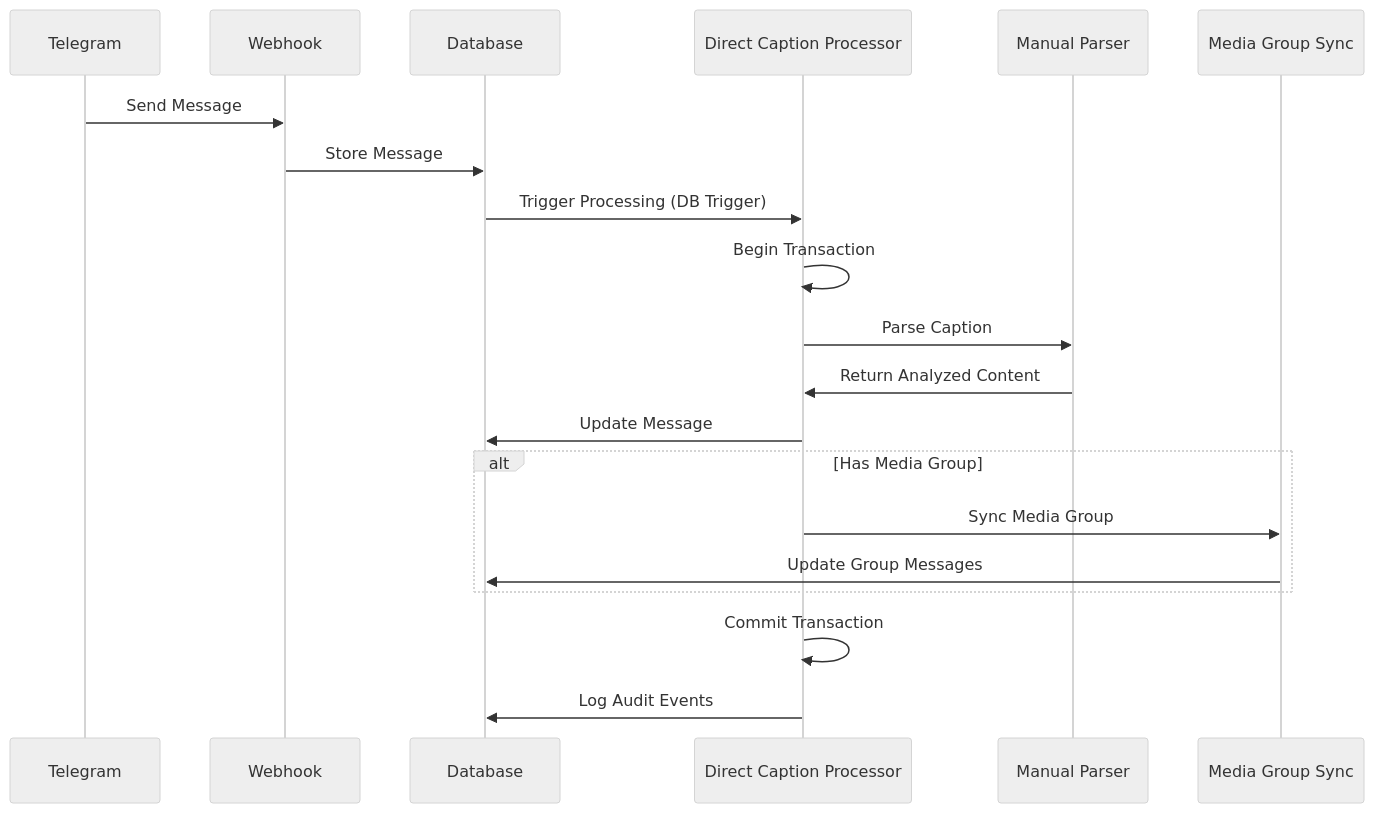
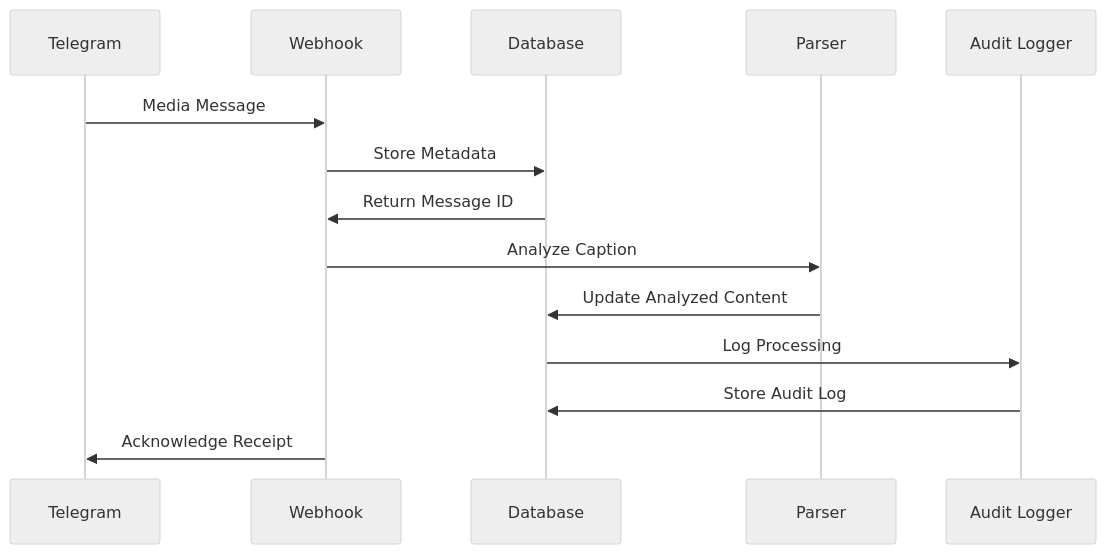
The first of 3 diagrams in docs/direct-caption-processing.md (cmtkdot/xdelo-app), drawn with Mermaid (neutral theme) before and after one commit. The commit also changed other lines of this file and 13 other files, not shown here.

````diff
--- a/docs/direct-caption-processing.md
+++ b/docs/direct-caption-processing.md
@@ -12,23 +4,17 @@
 ```mermaid
 sequenceDiagram
     participant T as Telegram
     participant W as Webhook
     participant D as Database
-    participant P as Direct Caption Processor
-    participant M as Manual Parser
-    participant S as Media Group Sync
+    participant P as Parser
+    participant A as Audit Logger
 
-    T->>W: Send Message
-    W->>D: Store Message
-    D->>P: Trigger Processing (DB Trigger)
-    P->>P: Begin Transaction
-    P->>M: Parse Caption
-    M->>P: Return Analyzed Content
-    P->>D: Update Message
-    alt Has Media Group
-        P->>S: Sync Media Group
-        S->>D: Update Group Messages
-    end
-    P->>P: Commit Transaction
-    P->>D: Log Audit Events
+    T->>W: Media Message
+    W->>D: Store Metadata
+    D->>W: Return Message ID
+    W->>P: Analyze Caption
+    P->>D: Update Analyzed Content
+    D->>A: Log Processing
+    A->>D: Store Audit Log
+    W->>T: Acknowledge Receipt
 ```
````
